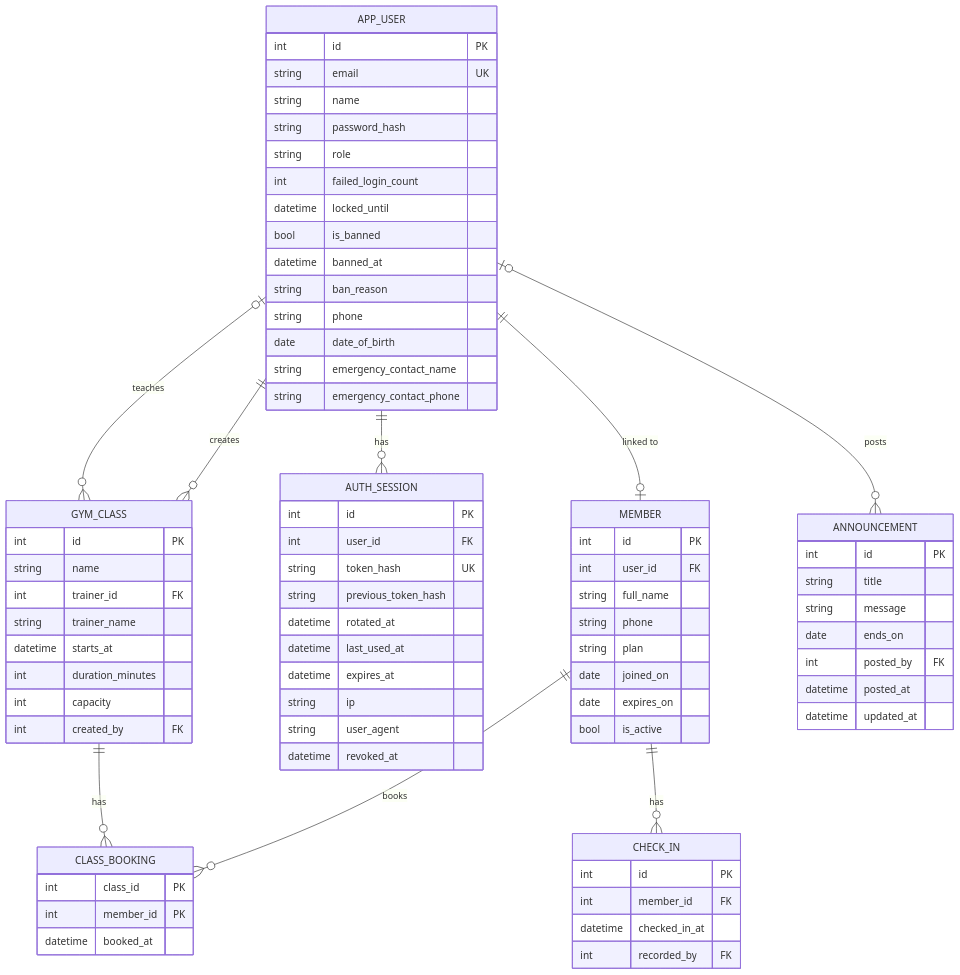
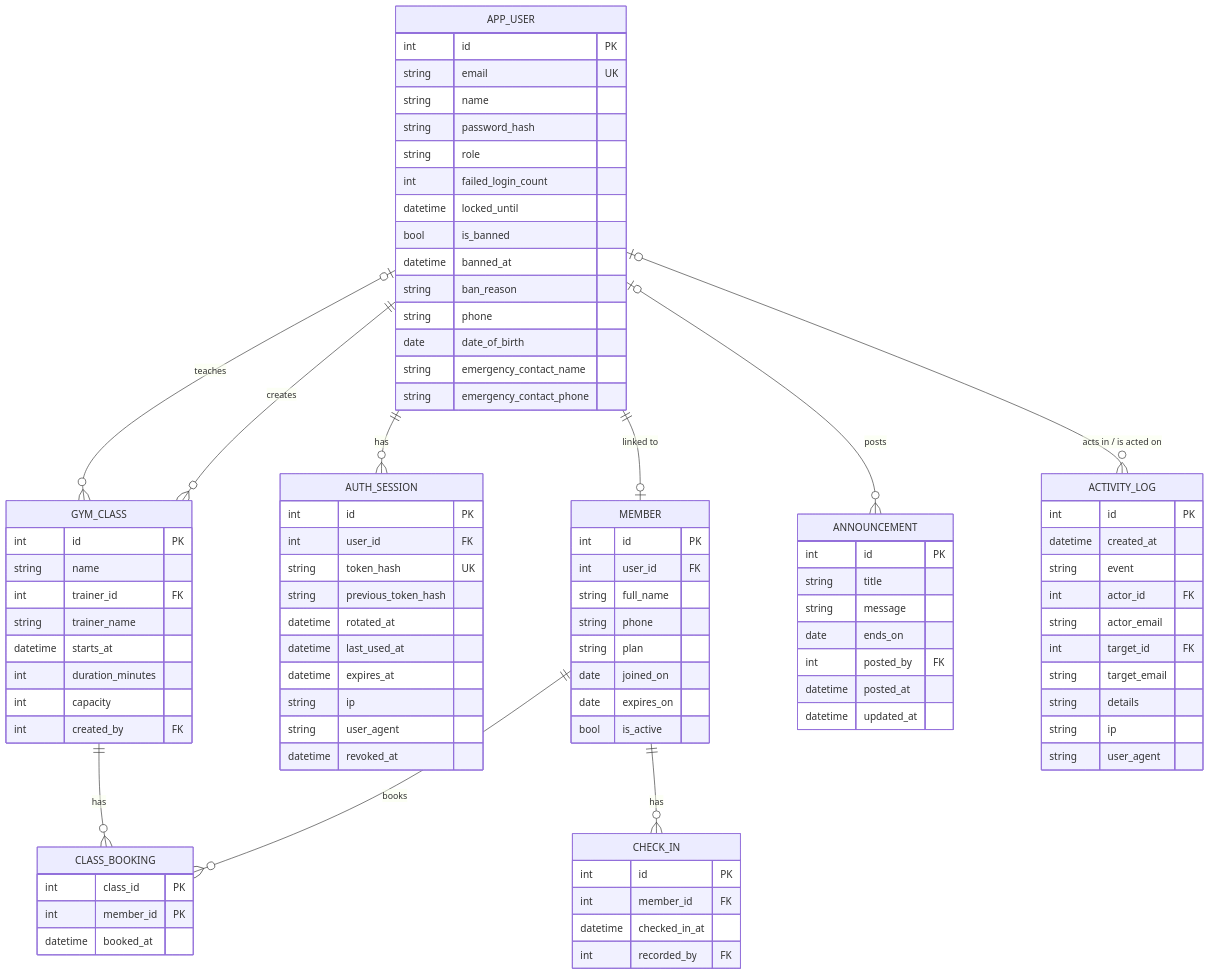
Before and after one commit to TanvirMahmudTushar/gym-buddy: the sixth of 7 diagrams in docs/03-tdd.md, drawn with Mermaid. The commit also changed other lines of this file and 30 other files, not shown here.

First line of the commit message:
feat: add Activity and Security pages with activity log and security summary features

````diff
--- a/docs/03-tdd.md
+++ b/docs/03-tdd.md
@@ -357,6 +379,7 @@
     APP_USER ||--o{ GYM_CLASS : creates
     APP_USER |o--o{ GYM_CLASS : teaches
     APP_USER |o--o{ ANNOUNCEMENT : posts
+    APP_USER |o--o{ ACTIVITY_LOG : "acts in / is acted on"
     MEMBER ||--o{ CLASS_BOOKING : books
     GYM_CLASS ||--o{ CLASS_BOOKING : has
     MEMBER ||--o{ CHECK_IN : has
@@ -428,4 +451,16 @@
         datetime posted_at
         datetime updated_at
     }
+    ACTIVITY_LOG {
+        int id PK
+        datetime created_at
+        string event
+        int actor_id FK
+        string actor_email
+        int target_id FK
+        string target_email
+        string details
+        string ip
+        string user_agent
+    }
 ```
````
